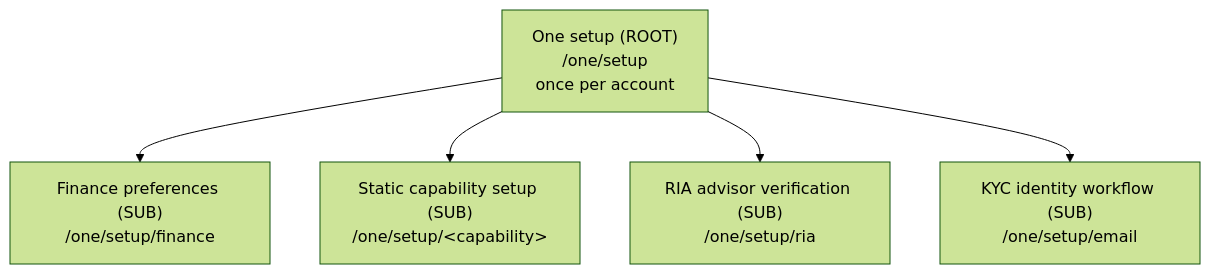
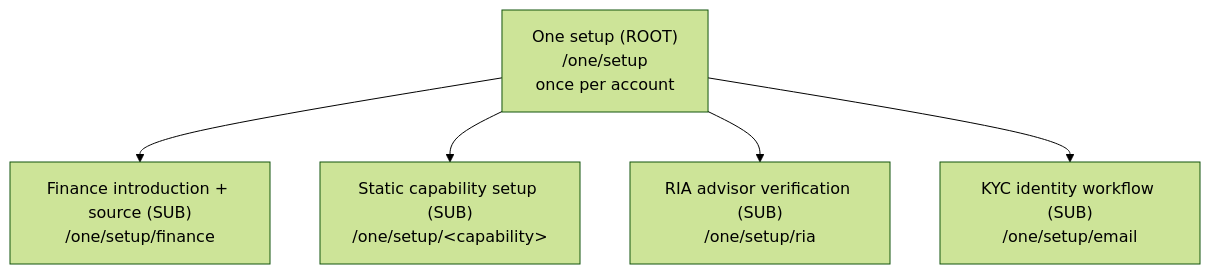
The second of 2 diagrams in docs/reference/quality/one-onboarding-architecture.md (hushh-labs/hushh-research), drawn with Mermaid (forest theme) before and after one commit. The commit also changed other lines of this file and 29 other files, not shown here.

Commit message:
feat(finance): replace setup questions with approved responsive tour and import flow

````diff
--- a/docs/reference/quality/one-onboarding-architecture.md
+++ b/docs/reference/quality/one-onboarding-architecture.md
@@ -232,12 +232,12 @@
 ```mermaid
 flowchart TD
   One["One setup (ROOT)<br/>/one/setup<br/>once per account"]
-  Kai["Finance preferences (SUB)<br/>/one/setup/finance"]
+  Kai["Finance introduction + source (SUB)<br/>/one/setup/finance"]
   Cap["Static capability setup (SUB)<br/>/one/setup/&lt;capability&gt;"]
   Ria["RIA advisor verification (SUB)<br/>/one/setup/ria"]
   Kyc["KYC identity workflow (SUB)<br/>/one/setup/email"]
   One --> Kai
   One --> Cap
   One --> Ria
   One --> Kyc
 ```
````
